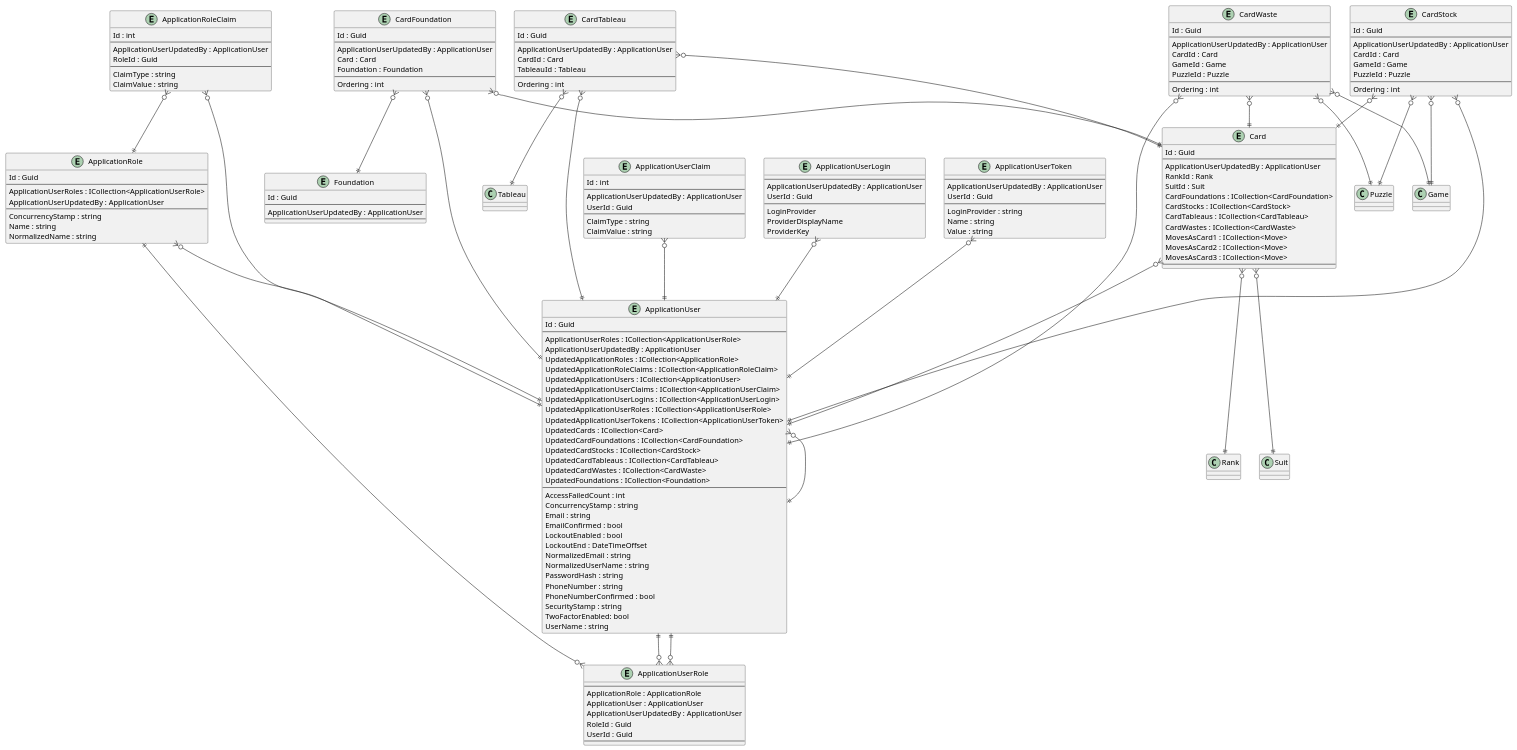
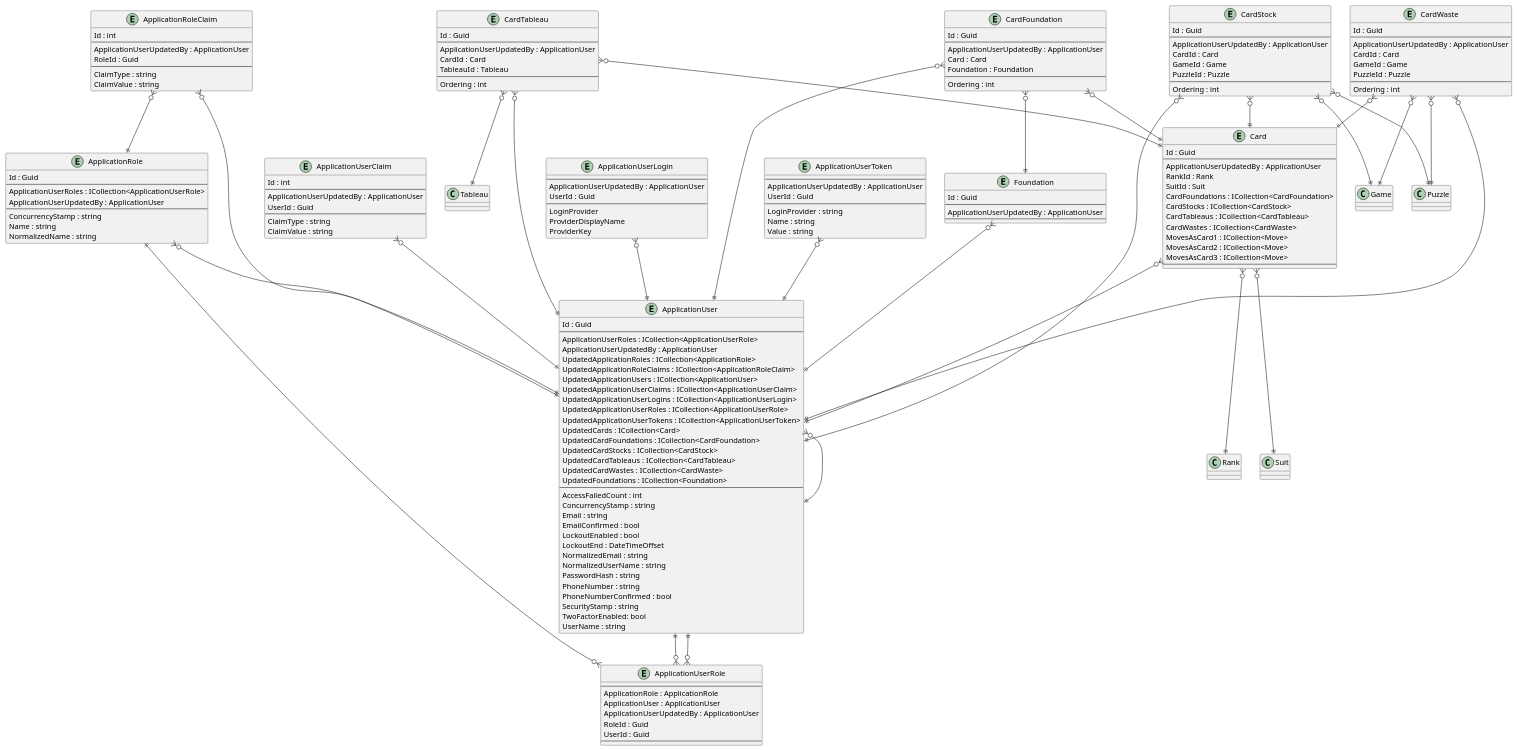
One commit to intrepion/intrepion_klondike-solitaire_csharp changed the diagram in .docs/Intrepion.KlondikeSolitaire.pu. Above: the diagram before and after it, drawn with PlantUML.

```diff
--- a/.docs/Intrepion.KlondikeSolitaire.pu
+++ b/.docs/Intrepion.KlondikeSolitaire.pu
@@ -204,6 +204,7 @@
 CardWaste }o--|| Card
 CardWaste }o--|| Game
 CardWaste }o--|| Puzzle
+Foundation }o--|| ApplicationUser
 ' RelationshipCodePlaceholder
 
 @enduml
```
